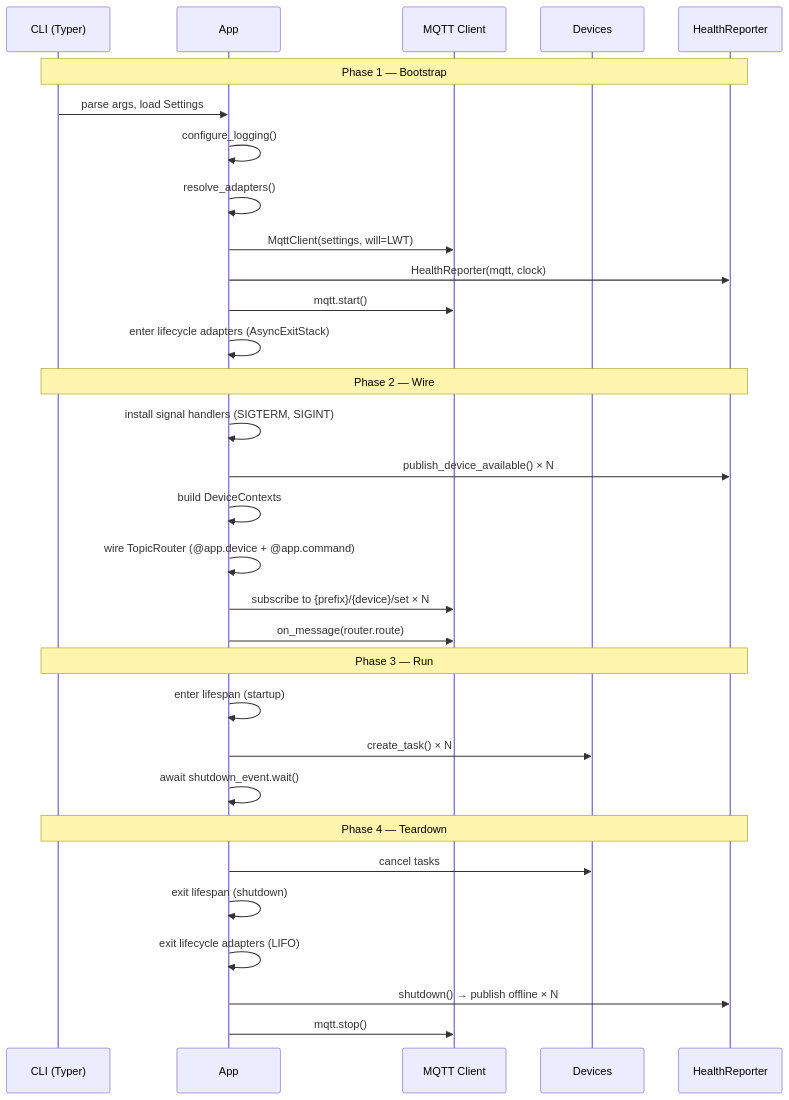
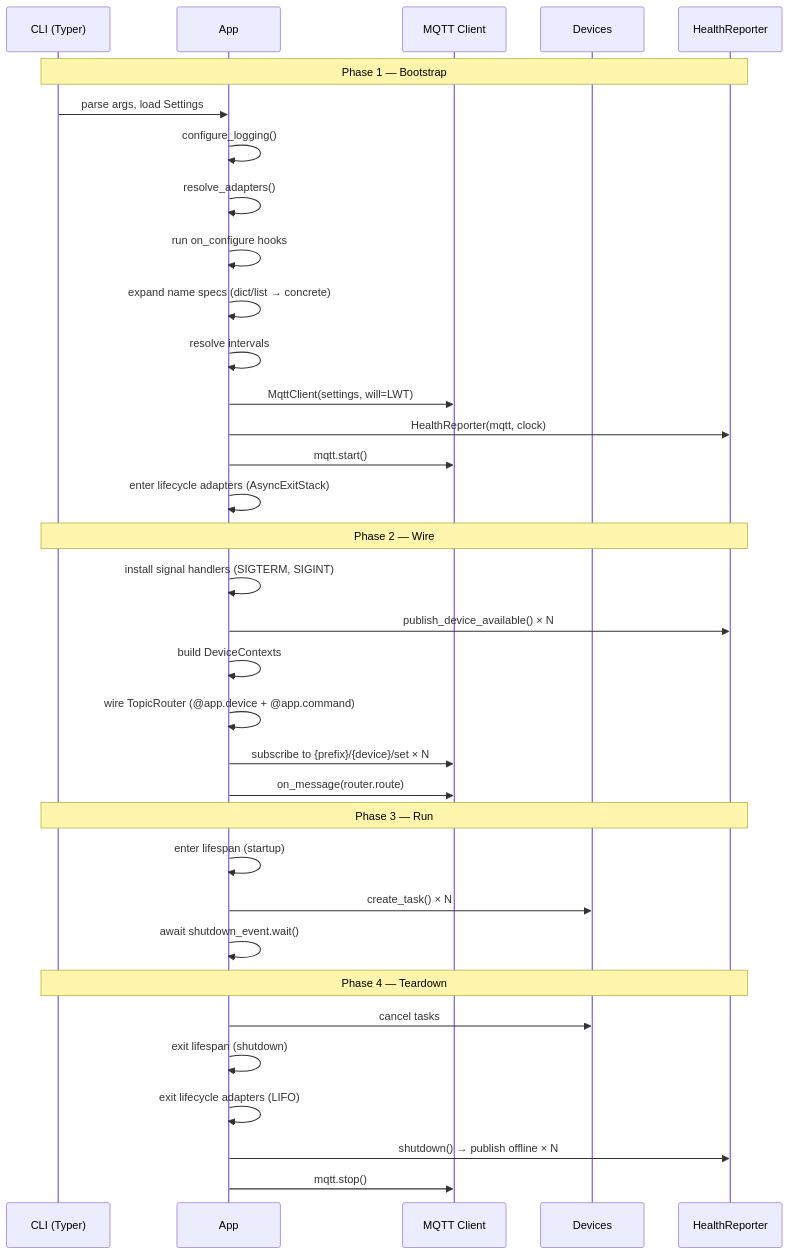
The diagram in docs/concepts/lifecycle.md (ff-fab/cosalette), drawn with Mermaid before and after one commit. The commit also changed other lines of this file and 21 other files, not shown here.

First line of the commit message:
feat: add @app.on_configure lifecycle hook and dict-name multi-device registration (#124)

````diff
--- a/docs/concepts/lifecycle.md
+++ b/docs/concepts/lifecycle.md
@@ -13,37 +13,40 @@
 ```mermaid
 sequenceDiagram
     participant CLI as CLI (Typer)
     participant App
     participant MQTT as MQTT Client
     participant Devices
     participant Health as HealthReporter
 
     Note over CLI,Health: Phase 1 — Bootstrap
     CLI->>App: parse args, load Settings
     App->>App: configure_logging()
     App->>App: resolve_adapters()
+    App->>App: run on_configure hooks
+    App->>App: expand name specs (dict/list → concrete)
+    App->>App: resolve intervals
     App->>MQTT: MqttClient(settings, will=LWT)
     App->>Health: HealthReporter(mqtt, clock)
     App->>MQTT: mqtt.start()
     App->>App: enter lifecycle adapters (AsyncExitStack)
 
     Note over CLI,Health: Phase 2 — Wire
     App->>App: install signal handlers (SIGTERM, SIGINT)
     App->>Health: publish_device_available() × N
     App->>App: build DeviceContexts
     App->>App: wire TopicRouter (@app.device + @app.command)
     App->>MQTT: subscribe to {prefix}/{device}/set × N
     App->>MQTT: on_message(router.route)
 
     Note over CLI,Health: Phase 3 — Run
     App->>App: enter lifespan (startup)
     App->>Devices: create_task() × N
     App->>App: await shutdown_event.wait()
 
     Note over CLI,Health: Phase 4 — Teardown
     App->>Devices: cancel tasks
     App->>App: exit lifespan (shutdown)
     App->>App: exit lifecycle adapters (LIFO)
     App->>Health: shutdown() → publish offline × N
     App->>MQTT: mqtt.stop()
 ```
````
